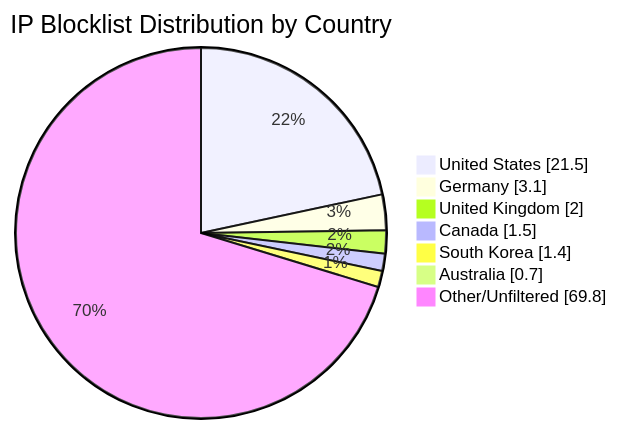
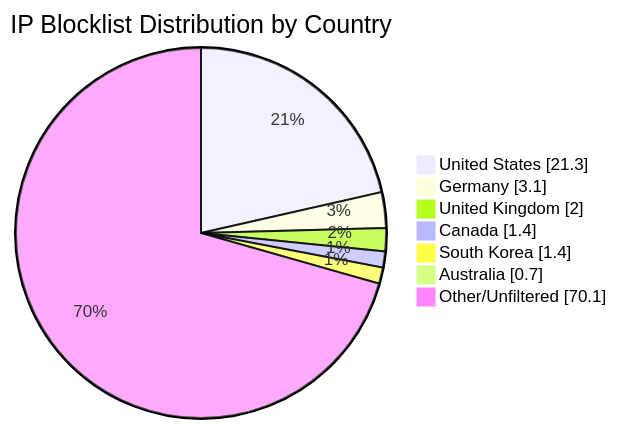
Before and after one commit to MarcusHoltz/ipblocklist-geofiltered-aggregator: the diagram in README.md, drawn with Mermaid. The commit also changed other lines of this file and 9 other files, not shown here.

````diff
--- a/README.md
+++ b/README.md
@@ -34,10 +34,10 @@
 ```mermaid
 pie showData title IP Blocklist Distribution by Country
-"United States" : 21.5
+"United States" : 21.3
 "Germany" : 3.1
 "United Kingdom" : 2.0
-"Canada" : 1.5
+"Canada" : 1.4
 "South Korea" : 1.4
 "Australia" : 0.7
-"Other/Unfiltered" : 69.8
+"Other/Unfiltered" : 70.1
 ```
````
